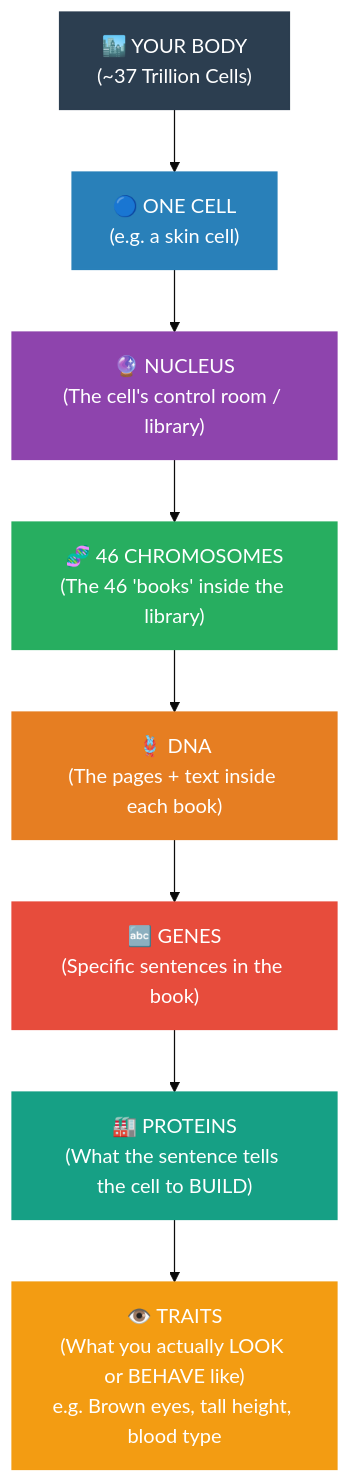
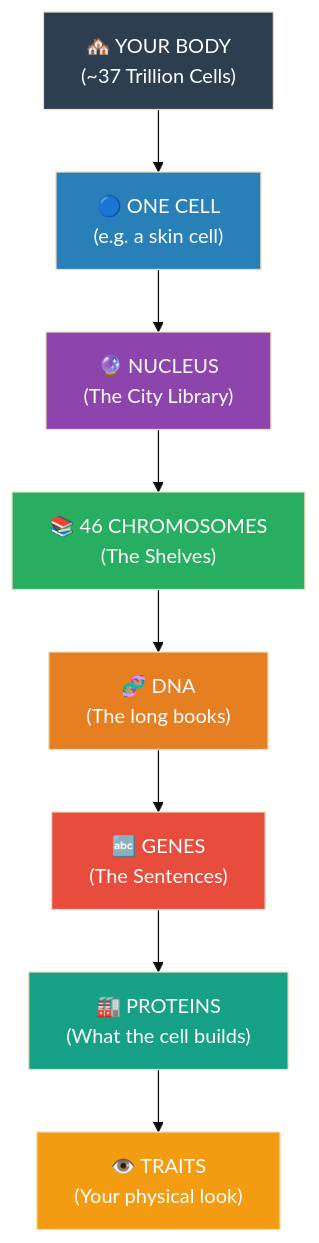
One commit to naveengarla/icse-10th-biology changed the diagram in Chapter_02_Tutorial/00_Chapter_Introduction.md. Above: the diagram before and after it, drawn with Mermaid (base theme). The commit also changed other lines of this file and 8 other files, not shown here.

````diff
--- a/Chapter_02_Tutorial/00_Chapter_Introduction.md
+++ b/Chapter_02_Tutorial/00_Chapter_Introduction.md
@@ -31,20 +15,20 @@
 ```mermaid
 graph TD
-    A["🏙️ YOUR BODY\n(~37 Trillion Cells)"]
+    A["🏘️ YOUR BODY\n(~37 Trillion Cells)"]
     --> B["🔵 ONE CELL\n(e.g. a skin cell)"]
-    --> C["🔮 NUCLEUS\n(The cell's control room / library)"]
-    --> D["🧬 46 CHROMOSOMES\n(The 46 'books' inside the library)"]
-    --> E["🪢 DNA\n(The pages + text inside each book)"]
-    --> F["🔤 GENES\n(Specific sentences in the book)"]
-    --> G["🏭 PROTEINS\n(What the sentence tells the cell to BUILD)"]
-    --> H["👁️ TRAITS\n(What you actually LOOK or BEHAVE like)\ne.g. Brown eyes, tall height, blood type"]
+    --> C["🔮 NUCLEUS\n(The City Library)"]
+    --> D["📚 46 CHROMOSOMES\n(The Shelves)"]
+    --> E["🧬 DNA\n(The long books)"]
+    --> F["🔤 GENES\n(The Sentences)"]
+    --> G["🏭 PROTEINS\n(What the cell builds)"]
+    --> H["👁️ TRAITS\n(Your physical look)"]
 
-    style A fill:#2c3e50,color:#fff,stroke:#2c3e50
-    style B fill:#2980b9,color:#fff,stroke:#2980b9
-    style C fill:#8e44ad,color:#fff,stroke:#8e44ad
-    style D fill:#27ae60,color:#fff,stroke:#27ae60
-    style E fill:#e67e22,color:#fff,stroke:#e67e22
-    style F fill:#e74c3c,color:#fff,stroke:#e74c3c
-    style G fill:#16a085,color:#fff,stroke:#16a085
-    style H fill:#f39c12,color:#fff,stroke:#f39c12
+    style A fill:#2c3e50,color:#fff
+    style B fill:#2980b9,color:#fff
+    style C fill:#8e44ad,color:#fff
+    style D fill:#27ae60,color:#fff
+    style E fill:#e67e22,color:#fff
+    style F fill:#e74c3c,color:#fff
+    style G fill:#16a085,color:#fff
+    style H fill:#f39c12,color:#fff
 ```
````
